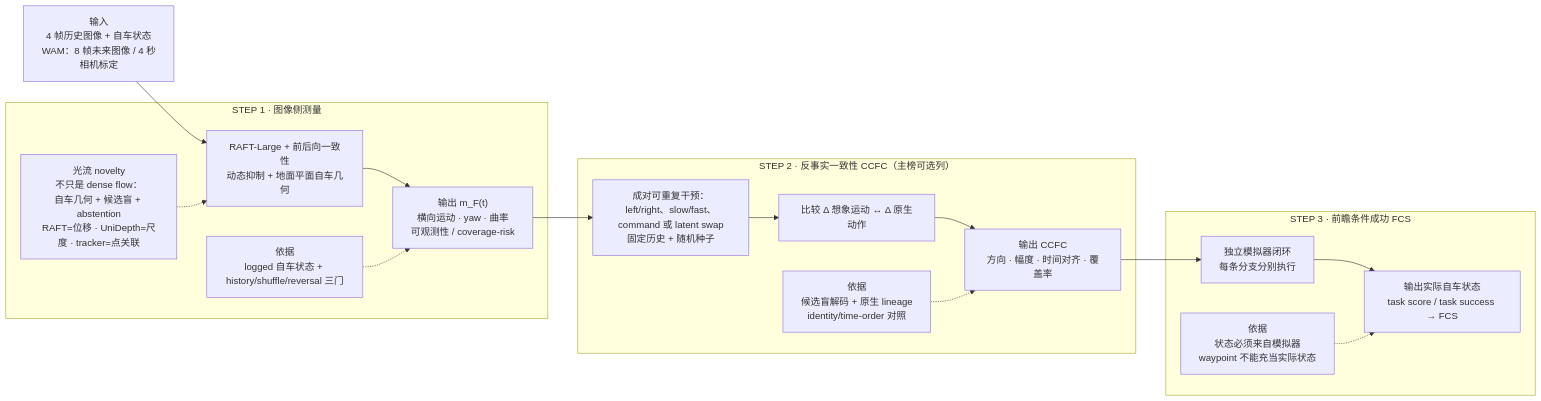
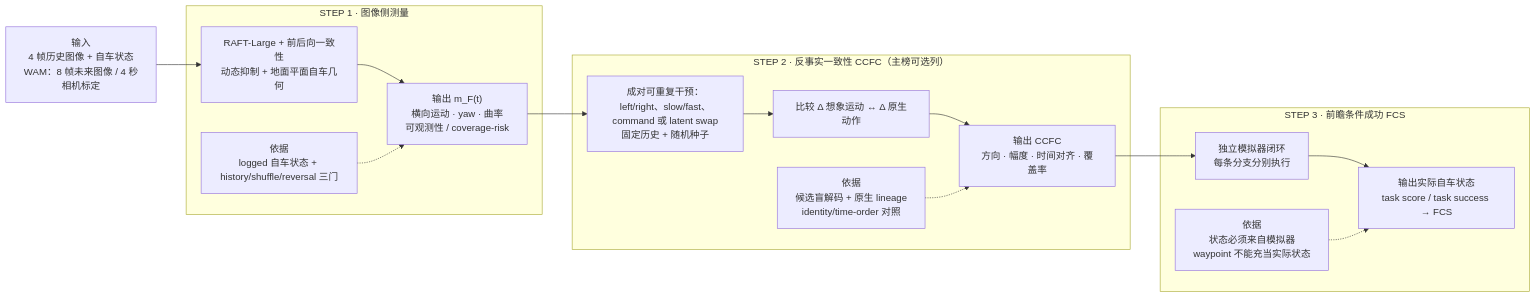
Before and after one commit to RiseBun/IAC-iclr: the diagram in docs/IAC_FROZEN_PIPELINE_V1.mmd, drawn with Mermaid. The commit also changed 8 other files, not shown here.

```diff
--- a/docs/IAC_FROZEN_PIPELINE_V1.mmd
+++ b/docs/IAC_FROZEN_PIPELINE_V1.mmd
@@ -1,28 +1,26 @@
 flowchart LR
     I["输入<br/>4 帧历史图像 + 自车状态<br/>WAM：8 帧未来图像 / 4 秒<br/>相机标定"] --> A
     subgraph S1["STEP 1 · 图像侧测量"]
         A["RAFT-Large + 前后向一致性<br/>动态抑制 + 地面平面自车几何"]
-        N["光流 novelty<br/>不只是 dense flow：<br/>自车几何 + 候选盲 + abstention<br/>RAFT=位移 · UniDepth=尺度 · tracker=点关联"]
         O["输出 m_F(t)<br/>横向运动 · yaw · 曲率<br/>可观测性 / coverage-risk"]
         B["依据<br/>logged 自车状态 + history/shuffle/reversal 三门"]
         A --> O
-        N -.-> A
         B -.-> O
     end
     O --> D
     subgraph S2["STEP 2 · 反事实一致性 CCFC（主榜可选列）"]
         D["成对可重复干预：left/right、slow/fast、command 或 latent swap<br/>固定历史 + 随机种子"]
         C["比较 Δ 想象运动 ↔ Δ 原生动作"]
         Q["输出 CCFC<br/>方向 · 幅度 · 时间对齐 · 覆盖率"]
         E["依据<br/>候选盲解码 + 原生 lineage<br/>identity/time-order 对照"]
         D --> C --> Q
         E -.-> Q
     end
     Q --> R
     subgraph S3["STEP 3 · 前瞻条件成功 FCS"]
         R["独立模拟器闭环<br/>每条分支分别执行"]
         T["输出实际自车状态<br/>task score / task success → FCS"]
         U["依据<br/>状态必须来自模拟器<br/>waypoint 不能充当实际状态"]
         R --> T
         U -.-> T
     end
```
